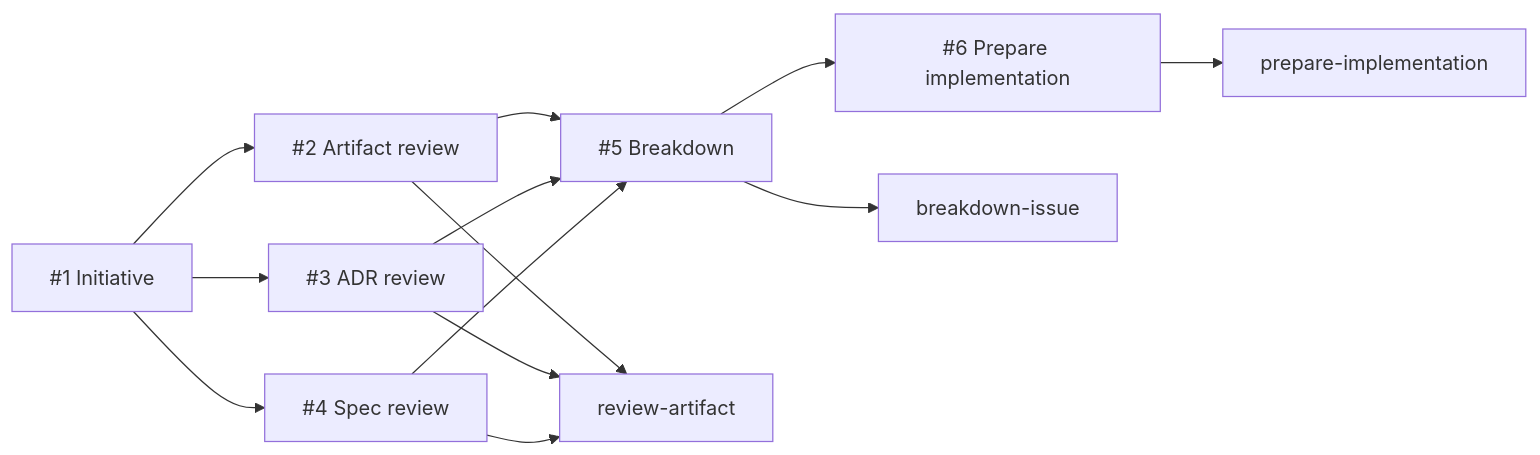
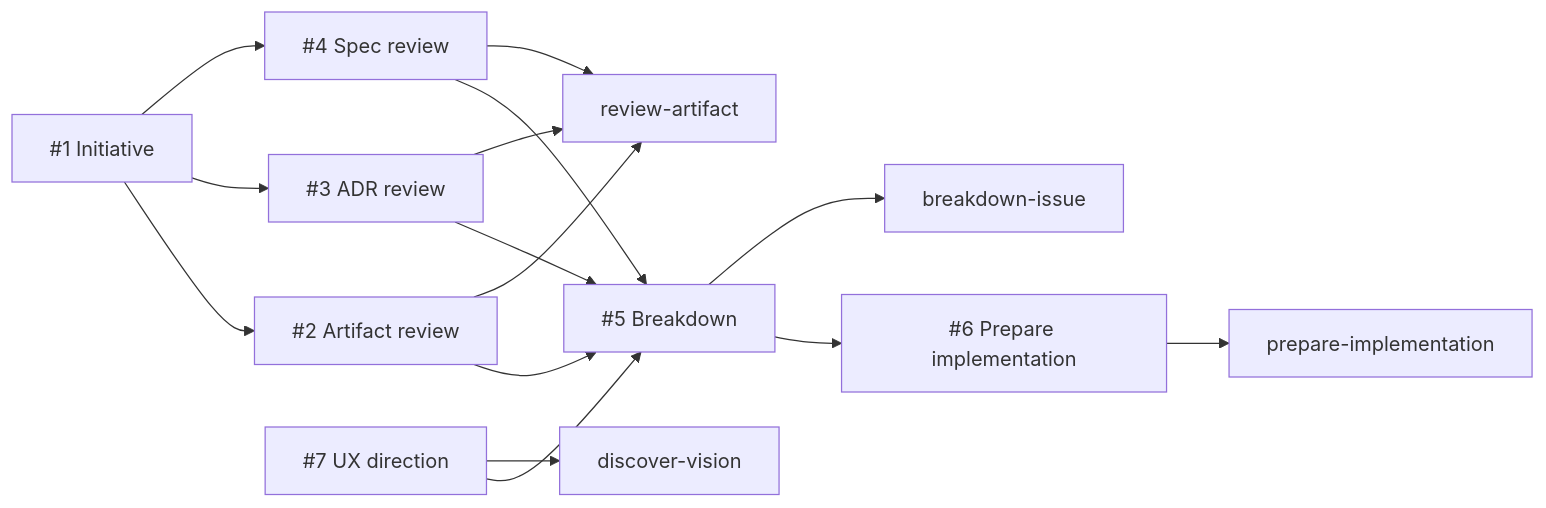
The second of 2 diagrams in docs/development/dogfood-runs/2026-06-22-investor-review-bootstrap/README.md (jbelanger/agent-workflow-kit), drawn with Mermaid before and after one commit. The commit also changed other lines of this file and 15 other files, not shown here.

````diff
--- a/docs/development/dogfood-runs/2026-06-22-investor-review-bootstrap/README.md
+++ b/docs/development/dogfood-runs/2026-06-22-investor-review-bootstrap/README.md
@@ -101,15 +105,17 @@
 ```mermaid
 flowchart LR
   I1["#1 Initiative"] --> I2["#2 Artifact review"]
   I1 --> I3["#3 ADR review"]
   I1 --> I4["#4 Spec review"]
   I2 --> I5["#5 Breakdown"]
   I3 --> I5
   I4 --> I5
+  I7["#7 UX direction"] --> I5
   I5 --> I6["#6 Prepare implementation"]
   I2 --> R["review-artifact"]
   I3 --> R
   I4 --> R
+  I7 --> D["discover-vision"]
   I5 --> B["breakdown-issue"]
   I6 --> P["prepare-implementation"]
 ```
````
